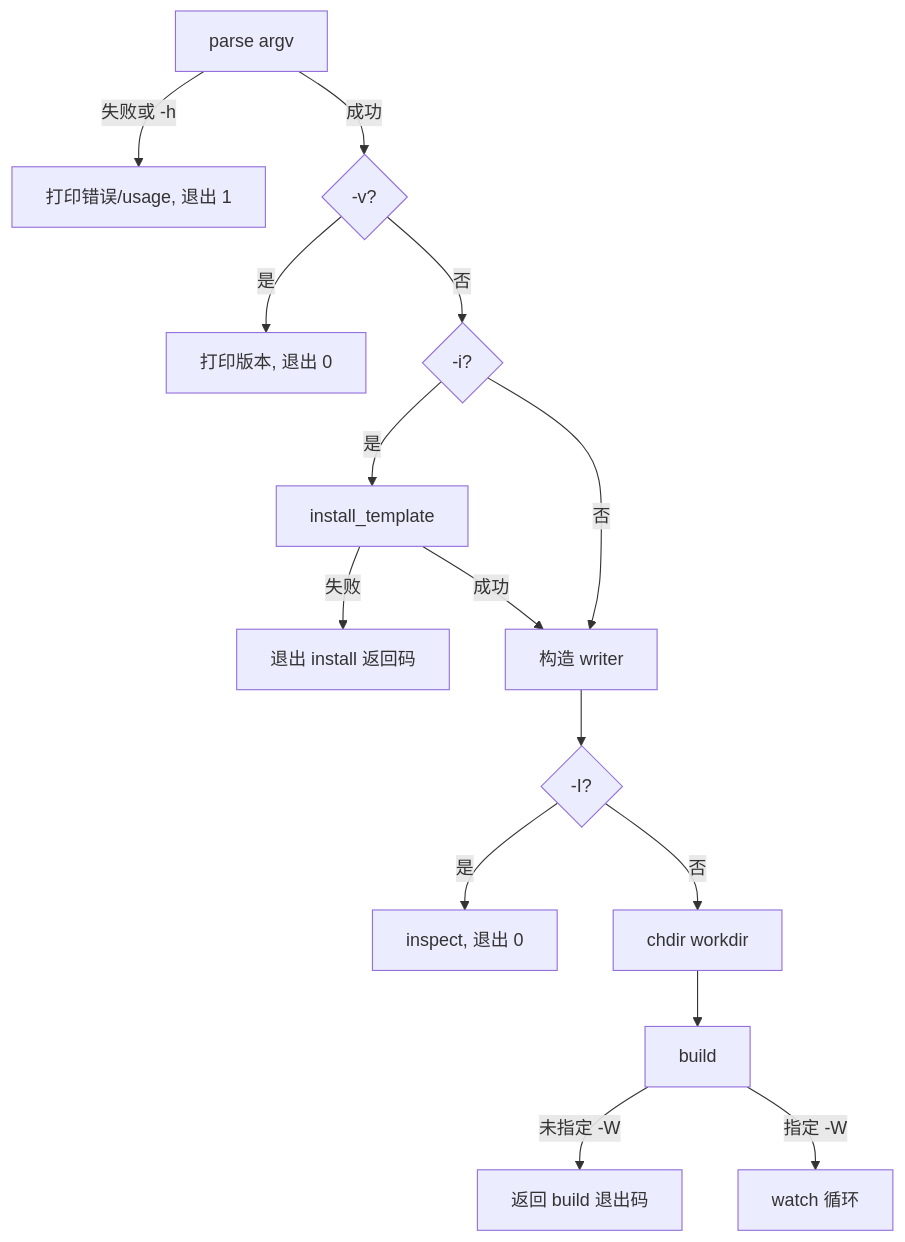
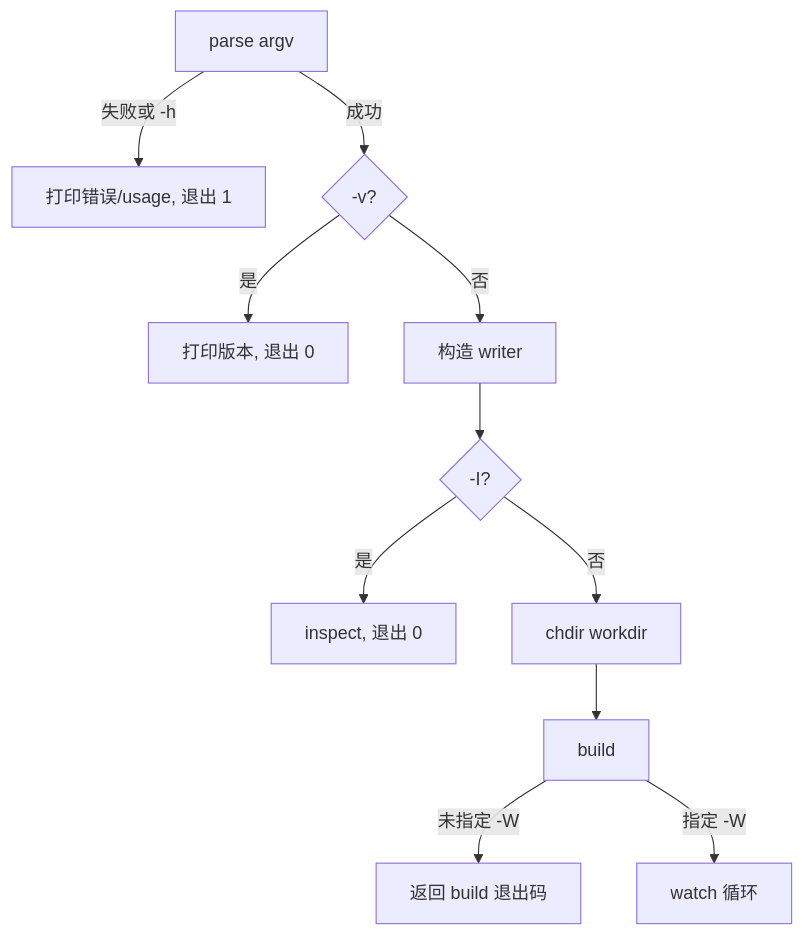
The diagram in docs/prd/02-command-line.md (o8x/camus), drawn with Mermaid before and after one commit. The commit also changed other lines of this file and 21 other files, not shown here.

````diff
--- a/docs/prd/02-command-line.md
+++ b/docs/prd/02-command-line.md
@@ -40,17 +39,13 @@
 ```mermaid
 flowchart TD
     P[parse argv] -->|失败或 -h| H[打印错误/usage, 退出 1]
     P -->|成功| V{-v?}
     V -->|是| VO[打印版本, 退出 0]
-    V -->|否| I{-i?}
-    I -->|是| INS[install_template]
-    INS -->|失败| IF[退出 install 返回码]
-    INS -->|成功| C[构造 writer]
-    I -->|否| C
+    V -->|否| C[构造 writer]
     C --> Q{-I?}
     Q -->|是| INSP[inspect, 退出 0]
     Q -->|否| WD[chdir workdir]
     WD --> B[build]
     B -->|未指定 -W| RET[返回 build 退出码]
     B -->|指定 -W| WA[watch 循环]
 ```
````
